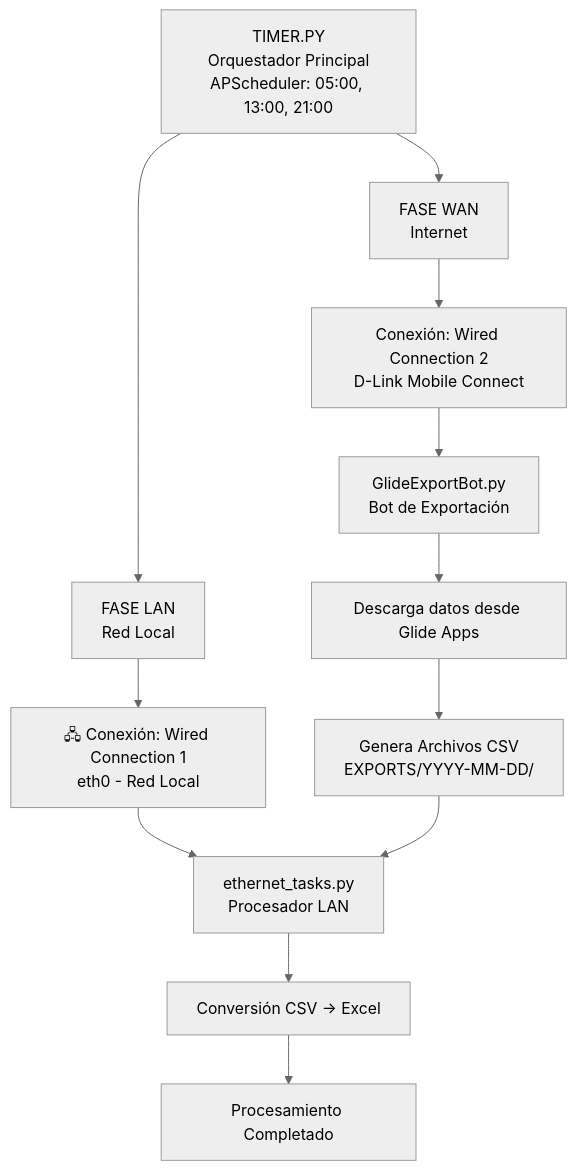
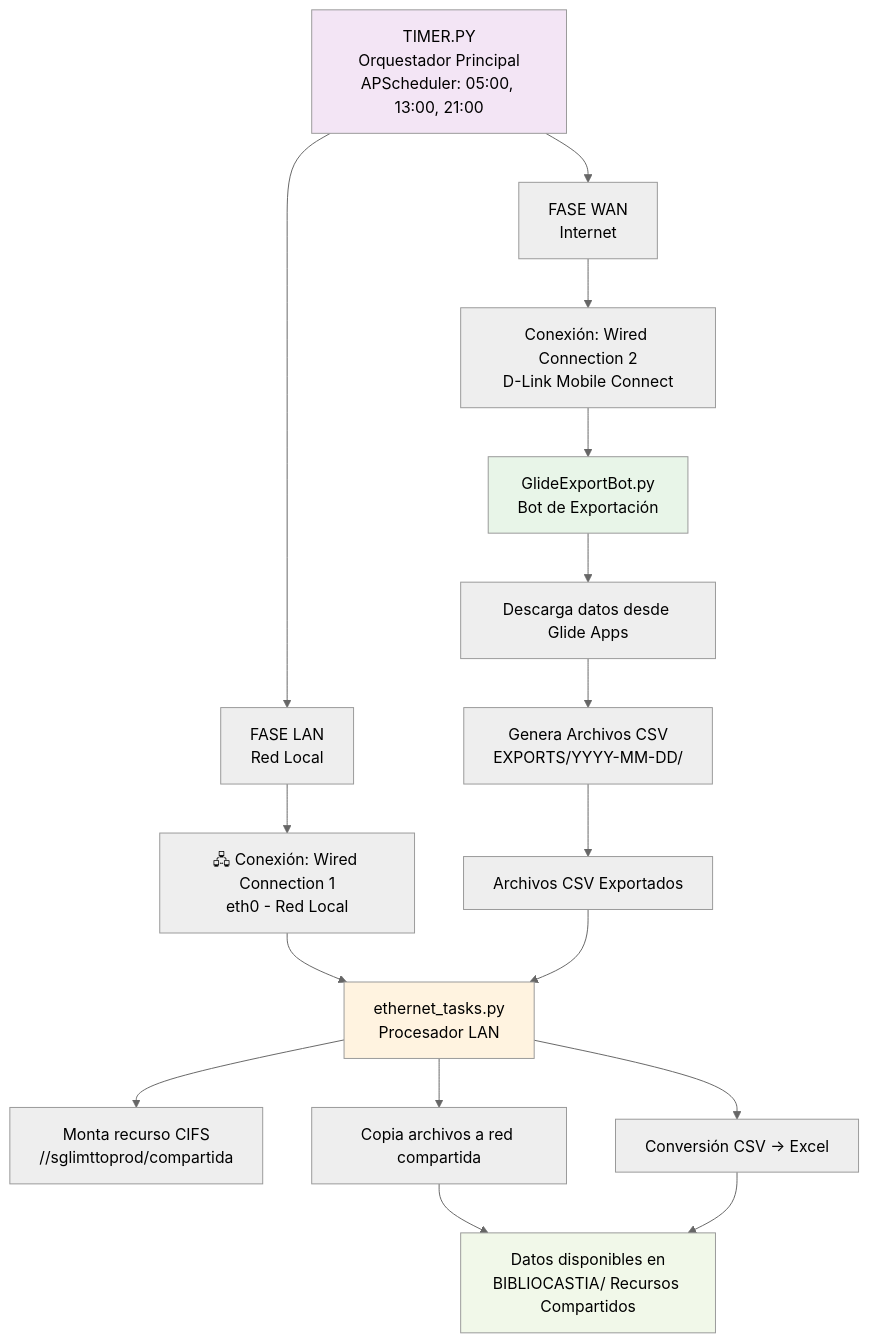
Before and after one commit to ebohorquez589/Prueba: the second of 8 diagrams in README.md, drawn with Mermaid (neutral theme).

````diff
--- a/README.md
+++ b/README.md
@@ -104,22 +104,33 @@
 ```mermaid
 
 graph TB
     %% ========== ORQUESTADOR PRINCIPAL ==========
     A[TIMER.PY<br/>Orquestador Principal<br/>APScheduler: 05:00, 13:00, 21:00] --> B[FASE WAN<br/>Internet]
     A --> C[FASE LAN<br/>Red Local]
     
     %% ========== FASE WAN ==========
     B --> D[ Conexión: Wired Connection 2<br/>D-Link Mobile Connect]
     D --> E[GlideExportBot.py<br/>Bot de Exportación]
     E --> F[ Descarga datos desde Glide Apps]
     F --> G[Genera Archivos CSV<br/>EXPORTS/YYYY-MM-DD/]
     
     %% ========== FASE LAN ==========
     C --> H[🖧 Conexión: Wired Connection 1<br/>eth0 - Red Local]
     H --> I[ethernet_tasks.py<br/>Procesador LAN]
     
     %% ========== FLUJO DE DATOS WAN → LAN ==========
-    G --> I
-    I --> J[Conversión CSV → Excel]
-    J --> K[ Procesamiento Completado]
+    G --> J[ Archivos CSV Exportados]
+    J --> I
+    I --> K[ Monta recurso CIFS<br/>//sglimttoprod/compartida]
+    I --> L[ Copia archivos a red compartida]
+    I --> M[ Conversión CSV → Excel]
+    
+    %% ========== RESULTADO FINAL ==========
+    L --> N[ Datos disponibles en<br/>BIBLIOCASTIA/ Recursos Compartidos]
+    M --> N
+    
+    style A fill:#f3e5f5
+    style E fill:#e8f5e8
+    style I fill:#fff3e0
+    style N fill:#f1f8e9
 ```
````
